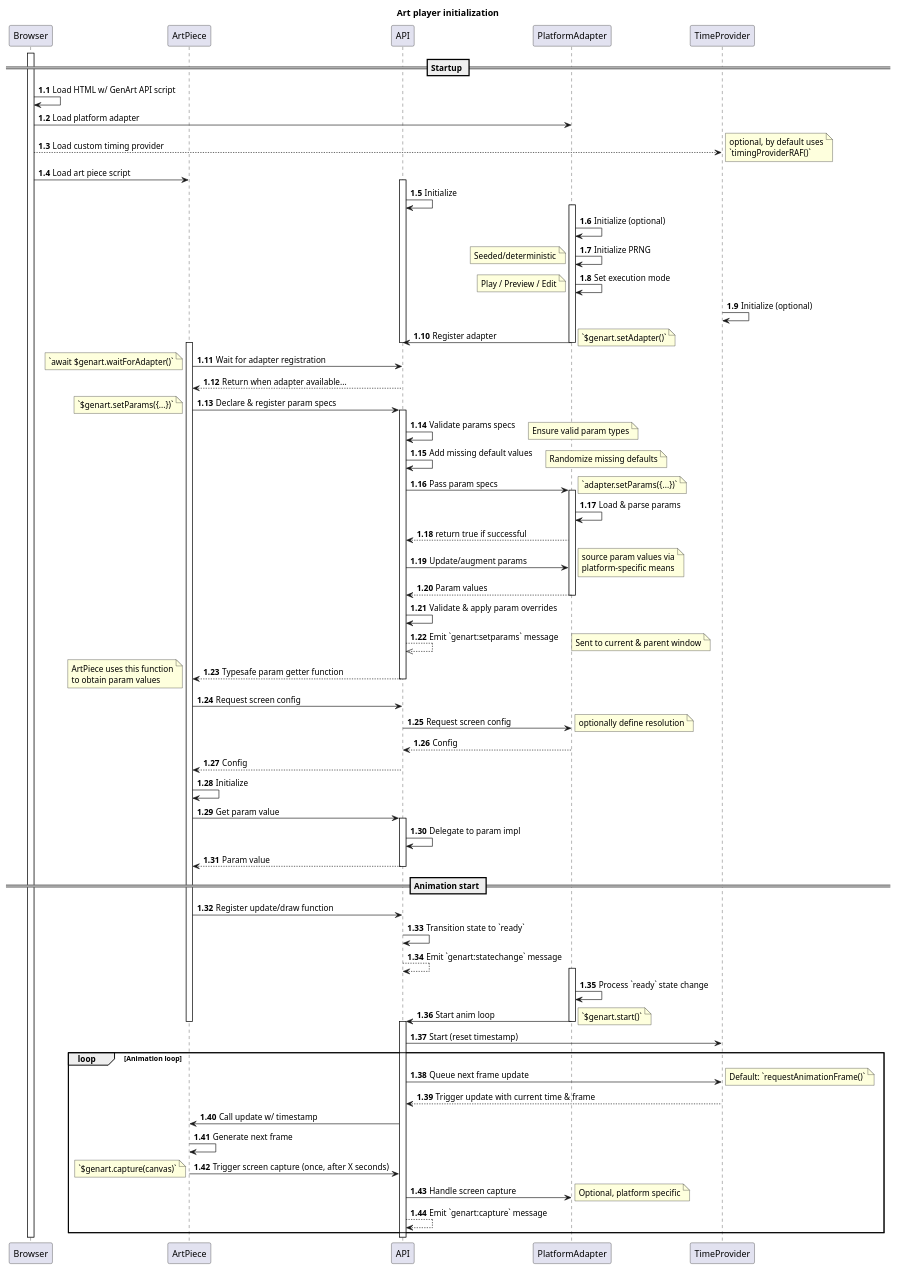
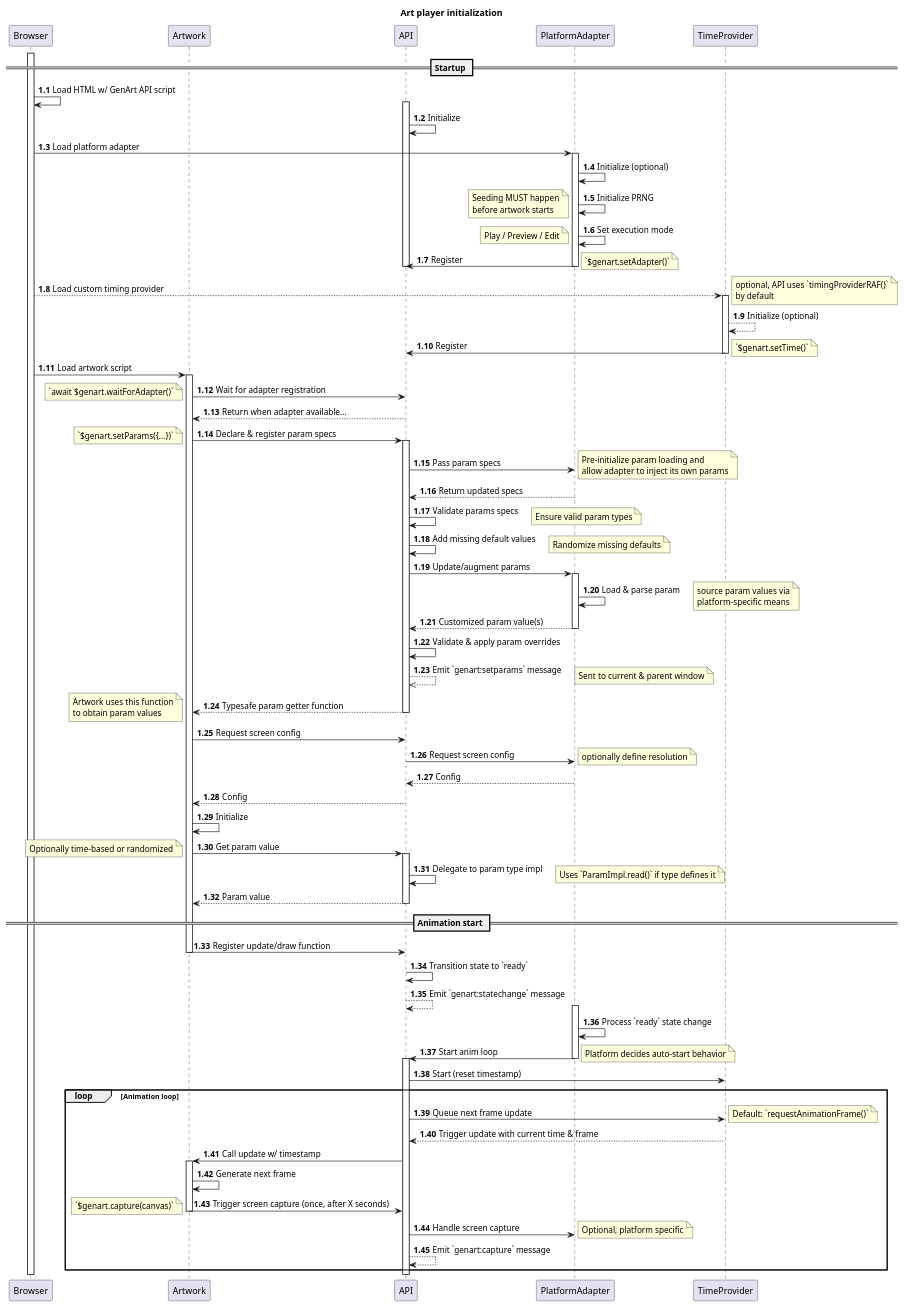
Before and after one commit to thi-ng/genart-api: the diagram in diagrams/lifecycle.puml, drawn with PlantUML. The commit also changed 2 other files, not shown here.

Commit message:
docs: update lifecycle diagram (init procedure)

```diff
--- a/diagrams/lifecycle.puml
+++ b/diagrams/lifecycle.puml
@@ -1,112 +1,116 @@
 @startuml
 title Art player initialization
 autonumber 1.1
 skinparam pageMargin 10
 
 participant Browser
-participant ArtPiece
+participant Artwork
 participant API
 participant PlatformAdapter
 participant TimeProvider
 
 activate Browser
 	== Startup ==
 
 	Browser -> Browser : Load HTML w/ GenArt API script
-	Browser -> PlatformAdapter : Load platform adapter
-	Browser --> TimeProvider : Load custom timing provider
-	note right
-		optional, by default uses
-		`timingProviderRAF()`
-	end note
-	Browser -> ArtPiece : Load art piece script
+	
 	activate API
 		API -> API : Initialize
+		Browser -> PlatformAdapter : Load platform adapter
 		activate PlatformAdapter
 		PlatformAdapter -> PlatformAdapter : Initialize (optional)
 		PlatformAdapter -> PlatformAdapter : Initialize PRNG
-		note left : Seeded/deterministic
+		note left : Seeding MUST happen\nbefore artwork starts
 		PlatformAdapter -> PlatformAdapter : Set execution mode
 		note left : Play / Preview / Edit
-		TimeProvider -> TimeProvider : Initialize (optional)
 		
-		PlatformAdapter -> API : Register adapter
+		PlatformAdapter -> API : Register
 		note right : `$genart.setAdapter()`
 		deactivate PlatformAdapter
 	deactivate API
 
-	activate ArtPiece
-		ArtPiece -> API : Wait for adapter registration
+	Browser --> TimeProvider : Load custom timing provider
+	note right : optional, API uses `timingProviderRAF()`\nby default
+	activate TimeProvider
+	TimeProvider --> TimeProvider : Initialize (optional)
+	TimeProvider -> API : Register
+	note right : `$genart.setTime()`
+	deactivate TimeProvider
+
+	Browser -> Artwork : Load artwork script
+	activate Artwork
+		Artwork -> API : Wait for adapter registration
 		note left : `await $genart.waitForAdapter()`
-		API --> ArtPiece : Return when adapter available...
-		ArtPiece -> API : Declare & register param specs
+		API --> Artwork : Return when adapter available...
+		Artwork -> API : Declare & register param specs
 		activate API
 			note left
 				`$genart.setParams({...})`
 			end note
+			API -> PlatformAdapter : Pass param specs
+			note right : Pre-initialize param loading and\nallow adapter to inject its own params
+			PlatformAdapter --> API : Return updated specs
 			API -> API : Validate params specs
 			note right : Ensure valid param types
 			API -> API : Add missing default values
 			note right: Randomize missing defaults
-			API -> PlatformAdapter : Pass param specs
-			note right : `adapter.setParams({...})`
+			API -> PlatformAdapter : Update/augment params
 			activate PlatformAdapter
-				PlatformAdapter -> PlatformAdapter : Load & parse params
-				PlatformAdapter --> API : return true if successful
-				API -> PlatformAdapter : Update/augment params
-				note right
-					source param values via
-					platform-specific means
-				end note
-				PlatformAdapter --> API : Param values
+				PlatformAdapter -> PlatformAdapter : Load & parse param
+				note right : source param values via\nplatform-specific means
+				PlatformAdapter --> API : Customized param value(s)
 			deactivate PlatformAdapter
 
 			API -> API : Validate & apply param overrides
 			API -->> API : Emit `genart:setparams` message
 			note right : Sent to current & parent window
-			API --> ArtPiece : Typesafe param getter function
-			note left : ArtPiece uses this function\nto obtain param values
+			API --> Artwork : Typesafe param getter function
+			note left : Artwork uses this function\nto obtain param values
 		deactivate API
 
-		ArtPiece -> API : Request screen config
+		Artwork -> API : Request screen config
 		API -> PlatformAdapter : Request screen config
 		note right : optionally define resolution
 		PlatformAdapter --> API : Config
-		API --> ArtPiece : Config
-		ArtPiece -> ArtPiece : Initialize
-		ArtPiece -> API : Get param value
+		API --> Artwork : Config
+		Artwork -> Artwork : Initialize
+		Artwork -> API : Get param value
+		note left : Optionally time-based or randomized
 		activate API
-			API -> API : Delegate to param impl
-			API --> ArtPiece : Param value
+			API -> API : Delegate to param type impl
+			note right : Uses `ParamImpl.read()` if type defines it
+			API --> Artwork : Param value
 		deactivate API
 
-		== Animation start ==
-		ArtPiece ->	API : Register update/draw function
-		API -> API : Transition state to `ready`
-		API --> API : Emit `genart:statechange` message
-		activate PlatformAdapter
-			PlatformAdapter -> PlatformAdapter : Process `ready` state change
-			PlatformAdapter -> API : Start anim loop
-			note right : `$genart.start()`
-		deactivate PlatformAdapter
-	deactivate ArtPiece
+	== Animation start ==
+	Artwork ->	API : Register update/draw function
+	deactivate Artwork
+	API -> API : Transition state to `ready`
+	API --> API : Emit `genart:statechange` message
+	activate PlatformAdapter
+		PlatformAdapter -> PlatformAdapter : Process `ready` state change
+		PlatformAdapter -> API : Start anim loop
+		note right : Platform decides auto-start behavior
+	deactivate PlatformAdapter
 
 	activate API
 		API -> TimeProvider : Start (reset timestamp)
 		loop Animation loop
 			API -> TimeProvider : Queue next frame update
 			note right : Default: `requestAnimationFrame()`
 			TimeProvider --> API : Trigger update with current time & frame
-			API -> ArtPiece : Call update w/ timestamp
-			ArtPiece -> ArtPiece : Generate next frame
-			ArtPiece -> API : Trigger screen capture (once, after X seconds)
+			API -> Artwork : Call update w/ timestamp
+			activate Artwork
+			Artwork -> Artwork : Generate next frame
+			Artwork -> API : Trigger screen capture (once, after X seconds)
 			note left: `$genart.capture(canvas)`
+			deactivate Artwork
 			API -> PlatformAdapter : Handle screen capture
 			note right : Optional, platform specific
 			API --> API : Emit `genart:capture` message
 		end
 	deactivate API
 
 deactivate Browser
 
 @enduml
```
